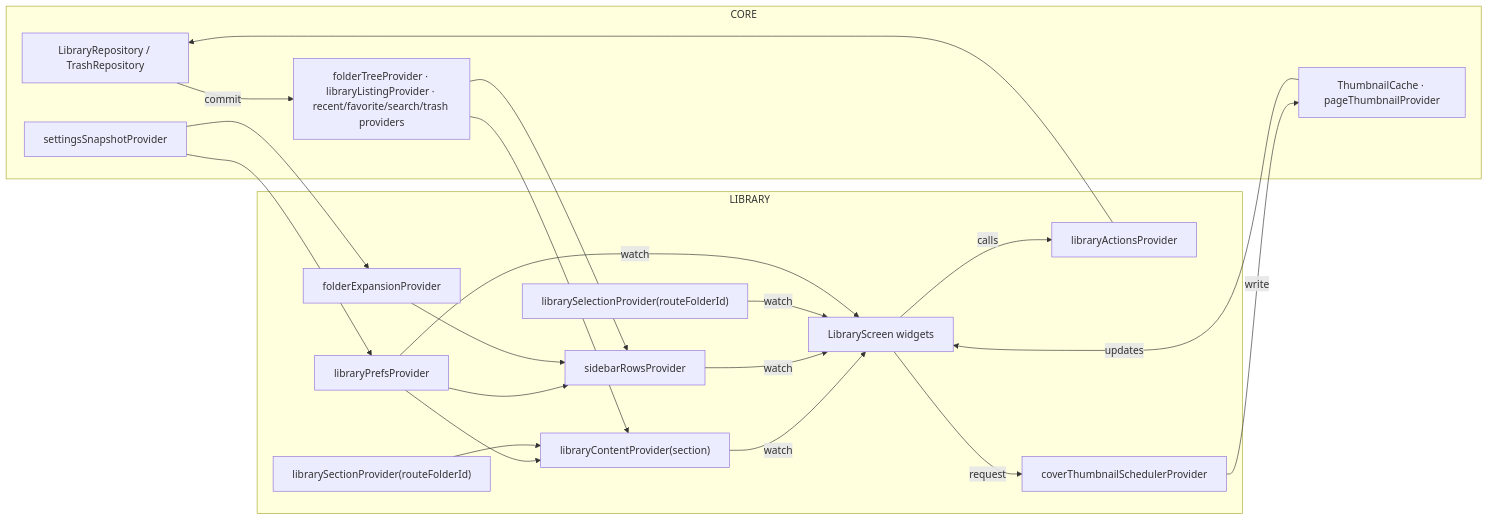
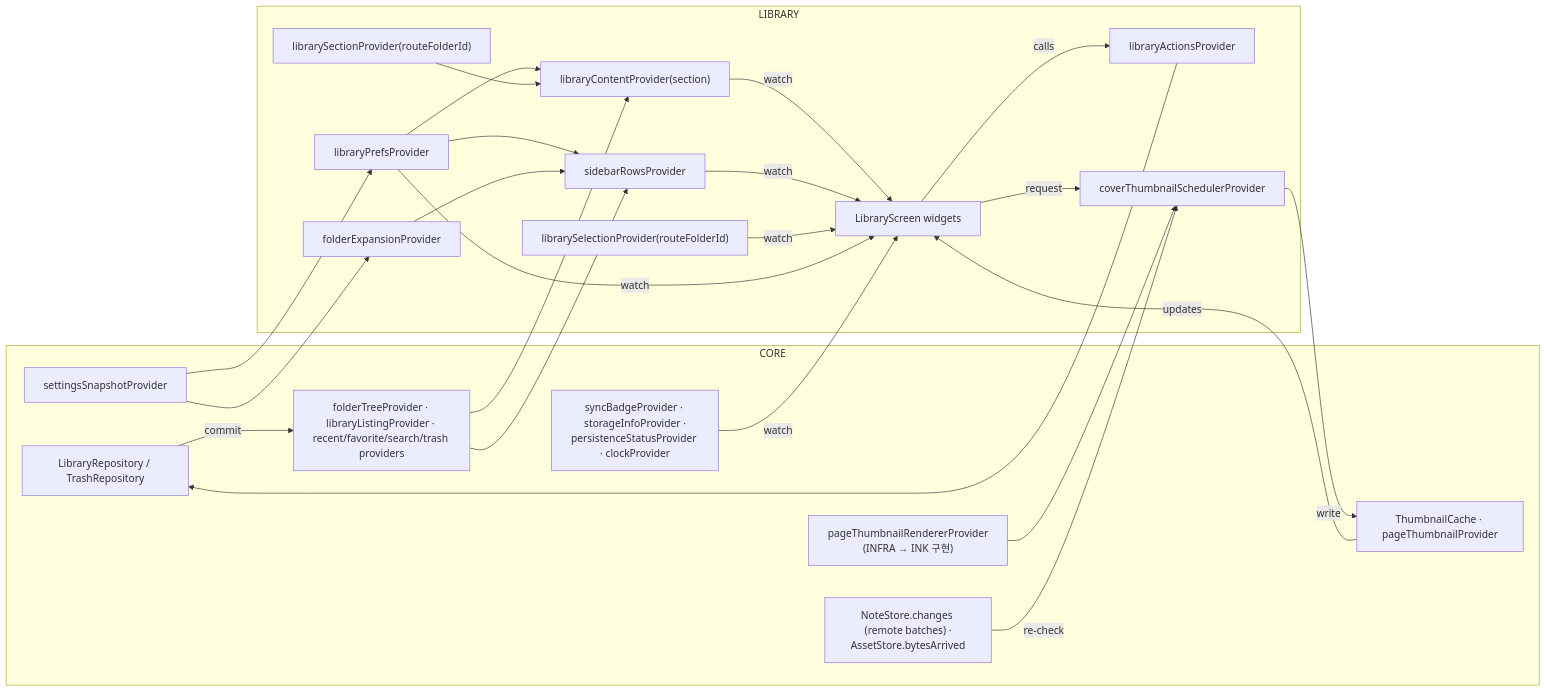
The diagram in docs/plans/05-library.md (youngduckcrab/noteapp), drawn with Mermaid before and after one commit. The commit also changed other lines of this file and 8 other files, not shown here.

````diff
--- a/docs/plans/05-library.md
+++ b/docs/plans/05-library.md
@@ -1029,38 +1319,44 @@
 ```mermaid
 flowchart LR
   subgraph CORE
     repo["LibraryRepository / TrashRepository"]
     sp["folderTreeProvider · libraryListingProvider · recent/favorite/search/trash providers"]
     st["settingsSnapshotProvider"]
     tc["ThumbnailCache · pageThumbnailProvider"]
+    slot["pageThumbnailRendererProvider<br/>(INFRA → INK 구현)"]
+    stat["syncBadgeProvider · storageInfoProvider ·<br/>persistenceStatusProvider · clockProvider"]
+    evt["NoteStore.changes (remote batches) ·<br/>AssetStore.bytesArrived"]
   end
   subgraph LIBRARY
     prefs["libraryPrefsProvider"]
     sec["librarySectionProvider(routeFolderId)"]
     sel["librarySelectionProvider(routeFolderId)"]
     exp["folderExpansionProvider"]
     content["libraryContentProvider(section)"]
     rows["sidebarRowsProvider"]
     act["libraryActionsProvider"]
     sch["coverThumbnailSchedulerProvider"]
     ui["LibraryScreen widgets"]
   end
   st --> prefs
   st --> exp
   sp --> content
   sp --> rows
   prefs --> content
   prefs --> rows
   sec --> content
   exp --> rows
   content -- watch --> ui
   rows -- watch --> ui
   sel -- watch --> ui
   prefs -- watch --> ui
   ui -- calls --> act
   act --> repo
   repo -- commit --> sp
   ui -- request --> sch
+  slot --> sch
+  evt -- re-check --> sch
   sch -- write --> tc
   tc -- updates --> ui
+  stat -- watch --> ui
 ```
````
